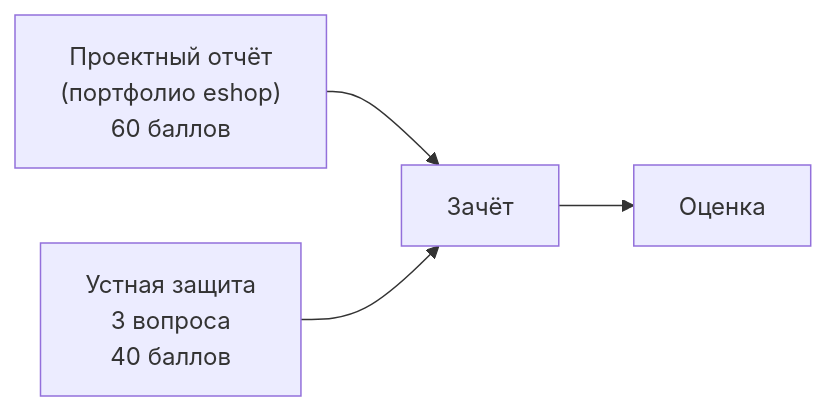
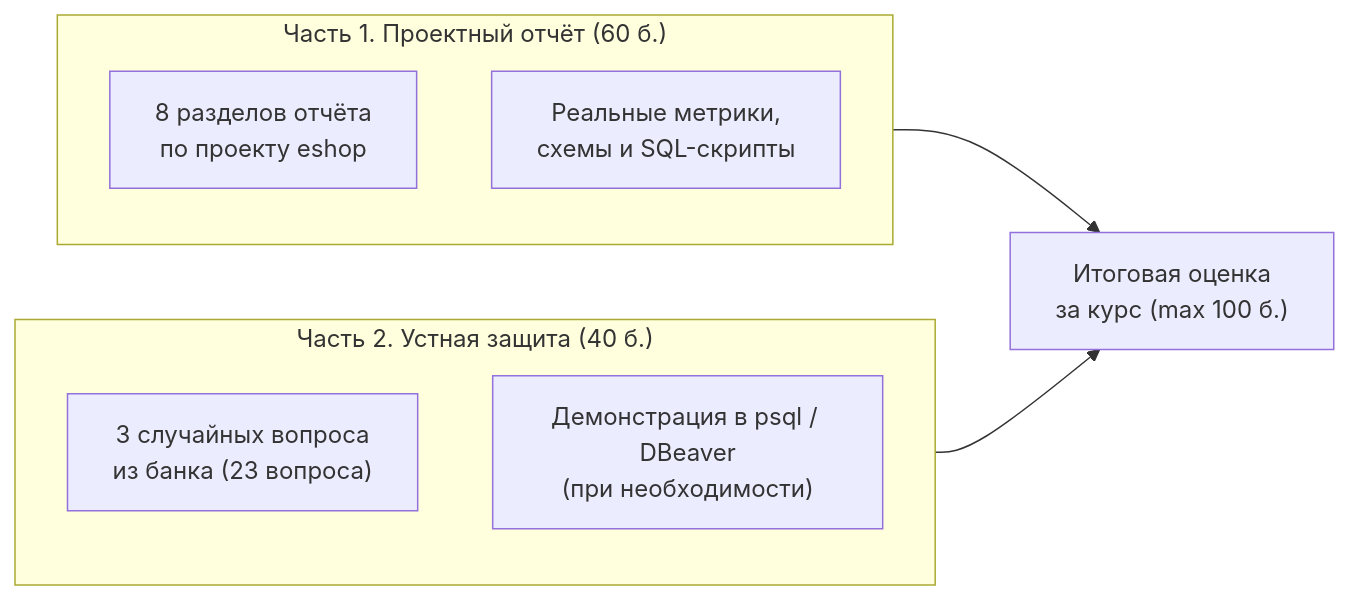
The diagram in docs/exam.md (sayr777/dba), drawn with Mermaid before and after one commit. The commit also changed other lines of this file and 2 other files, not shown here.

````diff
--- a/docs/exam.md
+++ b/docs/exam.md
@@ -13,6 +14,13 @@
 ```mermaid
 flowchart LR
-    P["Проектный отчёт\n(портфолио eshop)\n60 баллов"] --> Z[Зачёт]
-    U["Устная защита\n3 вопроса\n40 баллов"] --> Z
-    Z --> Оценка
+    subgraph Part1["Часть 1. Проектный отчёт (60 б.)"]
+        R1["8 разделов отчёта\nпо проекту eshop"]
+        R2["Реальные метрики,\nсхемы и SQL-скрипты"]
+    end
+    subgraph Part2["Часть 2. Устная защита (40 б.)"]
+        Q1["3 случайных вопроса\nиз банка (23 вопроса)"]
+        Q2["Демонстрация в psql / DBeaver\n(при необходимости)"]
+    end
+    Part1 --> Z["Итоговая оценка\nза курс (max 100 б.)"]
+    Part2 --> Z
 ```
````
